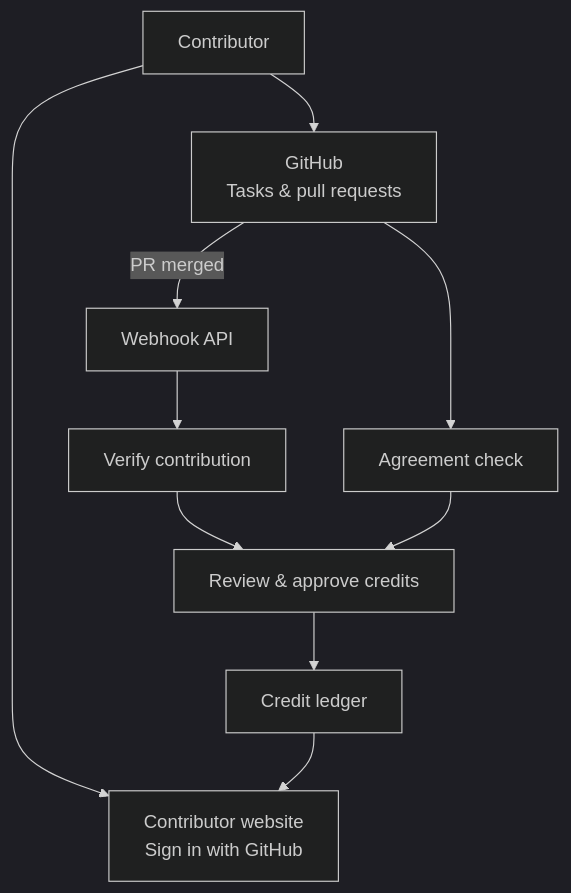
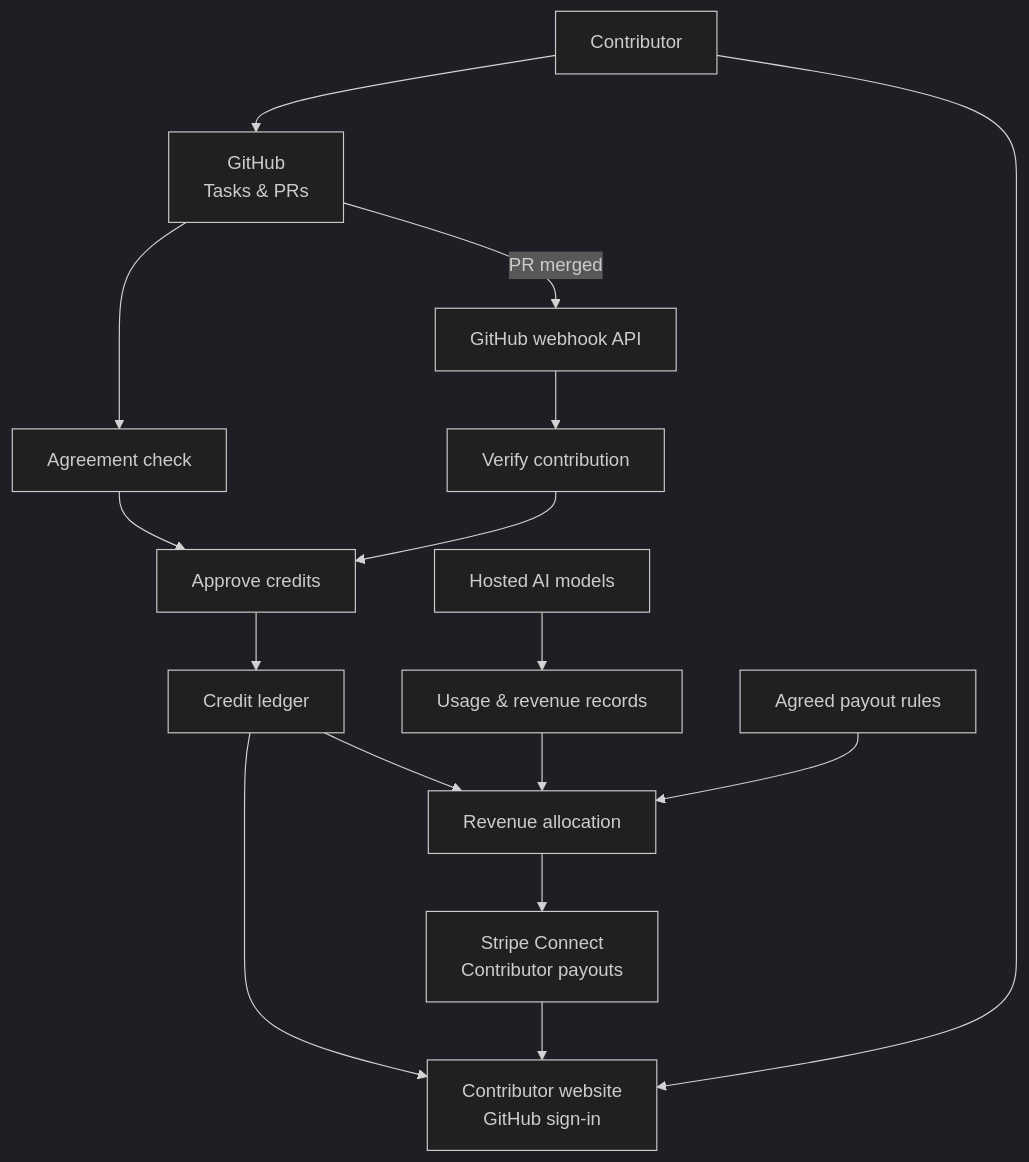
Before and after one commit to Community-AI-Lab/platform: the diagram in docs/architecture.md, drawn with Mermaid (dark theme). The commit also changed other lines of this file, not shown here.

Commit message:
docs: propose revenue allocation and Stripe Connect payouts

````diff
--- a/docs/architecture.md
+++ b/docs/architecture.md
@@ -7,12 +7,18 @@
 ```mermaid
 flowchart TD
-  User["Contributor"] --> GitHub["GitHub<br/>Tasks & pull requests"]
-  User --> Website["Contributor website<br/>Sign in with GitHub"]
+  Contributor["Contributor"] --> GitHub["GitHub<br/>Tasks & PRs"]
+  Contributor --> Website["Contributor website<br/>GitHub sign-in"]
   GitHub --> Agreement["Agreement check"]
-  GitHub -- "PR merged" --> Webhook["Webhook API"]
+  GitHub -- "PR merged" --> Webhook["GitHub webhook API"]
   Webhook --> Verify["Verify contribution"]
-  Verify --> Approve["Review & approve credits"]
+  Verify --> Approve["Approve credits"]
   Agreement --> Approve
   Approve --> Ledger["Credit ledger"]
   Ledger --> Website
+  Models["Hosted AI models"] --> Revenue["Usage & revenue records"]
+  Revenue --> Share["Revenue allocation"]
+  Ledger --> Share
+  Terms["Agreed payout rules"] --> Share
+  Share --> Payout["Stripe Connect<br/>Contributor payouts"]
+  Payout --> Website
 ```
````
